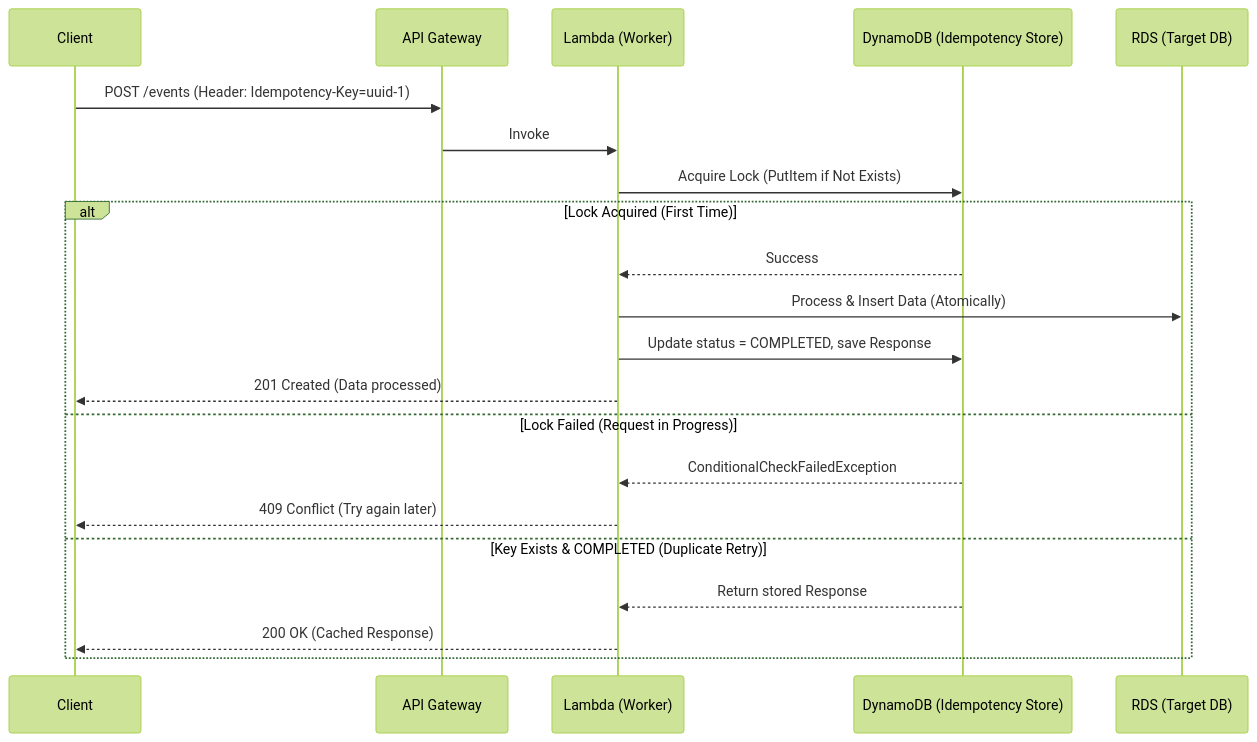
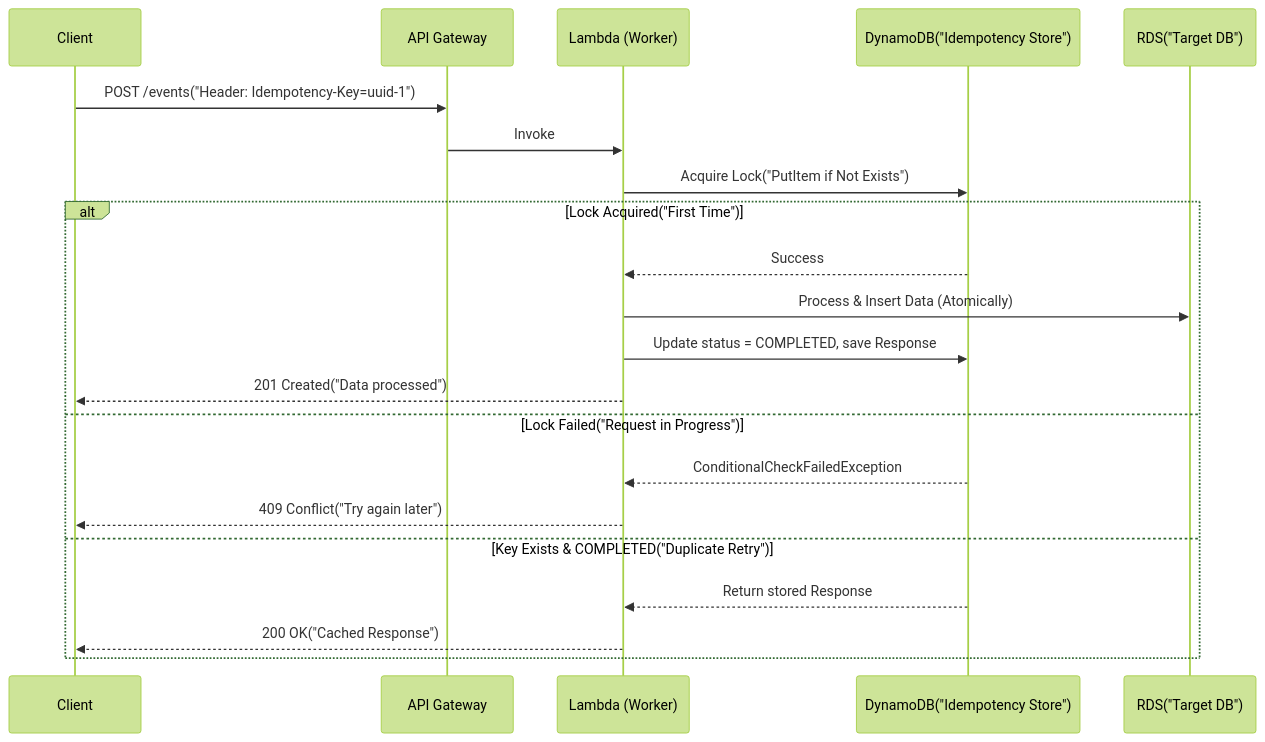
Before and after one commit to kythuatdulieu/kythuatdulieu.github.io: the diagram in src/content/docs/concepts/2-data-ingestion-integration/idempotency.md, drawn with Mermaid (forest theme). The commit also changed 190 other files, not shown here.

Commit message:
fix: resolve mermaid syntax, math rendering, and metadata issues from content rewrite

````diff
--- a/src/content/docs/concepts/2-data-ingestion-integration/idempotency.md
+++ b/src/content/docs/concepts/2-data-ingestion-integration/idempotency.md
@@ -39,25 +39,25 @@
 ```mermaid
 sequenceDiagram
     participant Client
     participant API Gateway
     participant Lambda (Worker)
-    participant DynamoDB (Idempotency Store)
-    participant RDS (Target DB)
+    participant DynamoDB("Idempotency Store")
+    participant RDS("Target DB")
 
-    Client->>API Gateway: POST /events (Header: Idempotency-Key=uuid-1)
+    Client->>API Gateway: POST /events("Header: Idempotency-Key=uuid-1")
     API Gateway->>Lambda (Worker): Invoke
-    Lambda (Worker)->>DynamoDB (Idempotency Store): Acquire Lock (PutItem if Not Exists)
+    Lambda (Worker)->>DynamoDB("Idempotency Store"): Acquire Lock("PutItem if Not Exists")
     
-    alt Lock Acquired (First Time)
-        DynamoDB (Idempotency Store)-->>Lambda (Worker): Success
-        Lambda (Worker)->>RDS (Target DB): Process & Insert Data (Atomically)
-        Lambda (Worker)->>DynamoDB (Idempotency Store): Update status = COMPLETED, save Response
-        Lambda (Worker)-->>Client: 201 Created (Data processed)
-    else Lock Failed (Request in Progress)
-        DynamoDB (Idempotency Store)-->>Lambda (Worker): ConditionalCheckFailedException
-        Lambda (Worker)-->>Client: 409 Conflict (Try again later)
-    else Key Exists & COMPLETED (Duplicate Retry)
-        DynamoDB (Idempotency Store)-->>Lambda (Worker): Return stored Response
-        Lambda (Worker)-->>Client: 200 OK (Cached Response)
+    alt Lock Acquired("First Time")
+        DynamoDB("Idempotency Store")-->>Lambda (Worker): Success
+        Lambda (Worker)->>RDS("Target DB"): Process & Insert Data (Atomically)
+        Lambda (Worker)->>DynamoDB("Idempotency Store"): Update status = COMPLETED, save Response
+        Lambda (Worker)-->>Client: 201 Created("Data processed")
+    else Lock Failed("Request in Progress")
+        DynamoDB("Idempotency Store")-->>Lambda (Worker): ConditionalCheckFailedException
+        Lambda (Worker)-->>Client: 409 Conflict("Try again later")
+    else Key Exists & COMPLETED("Duplicate Retry")
+        DynamoDB("Idempotency Store")-->>Lambda (Worker): Return stored Response
+        Lambda (Worker)-->>Client: 200 OK("Cached Response")
     end
 ```
````
